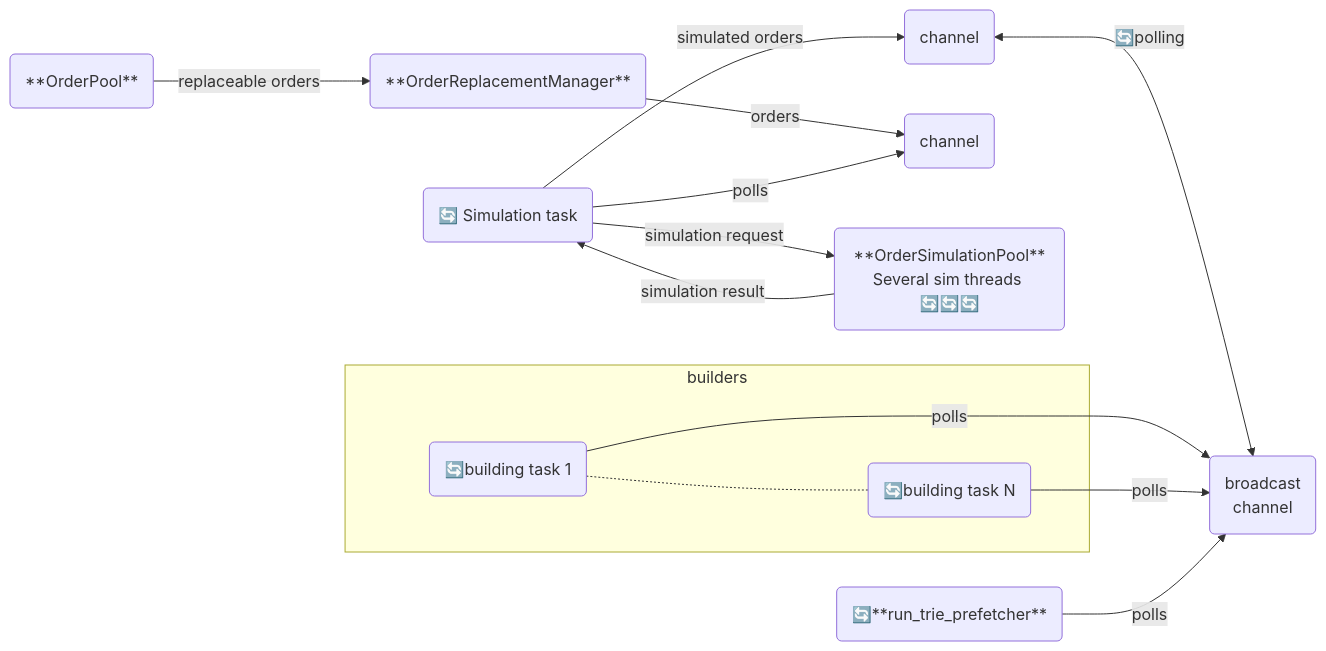
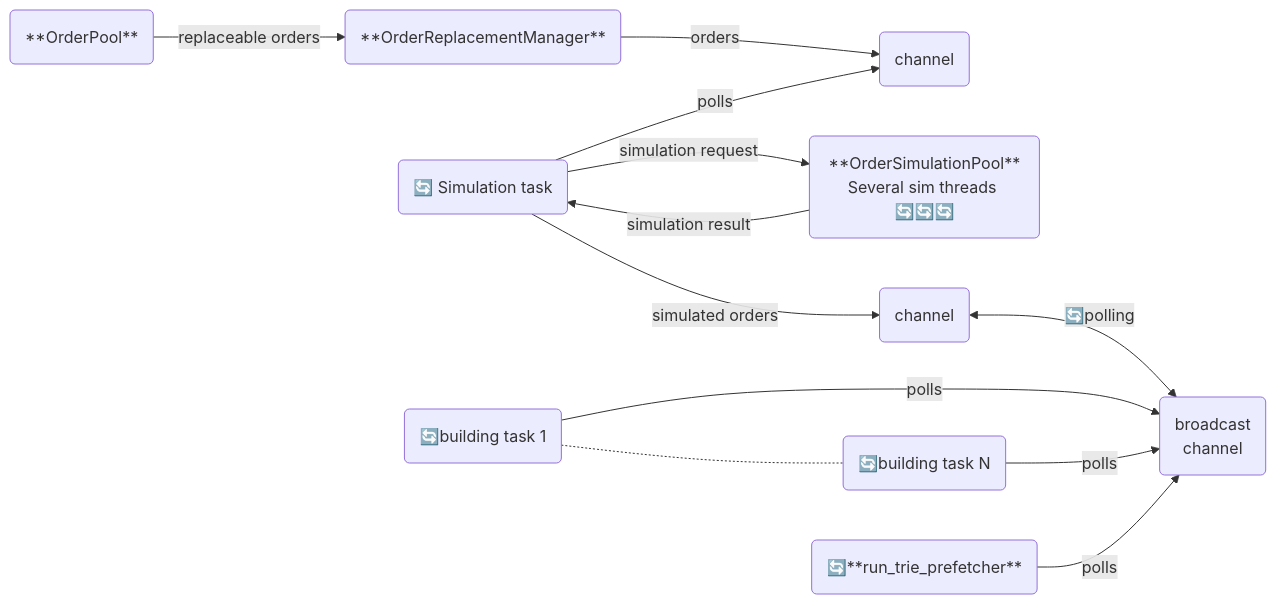
The second of 3 diagrams in docs/RBUILDER_CLASSES_AND_DATAFLOW.md (flashbots/rbuilder), drawn with Mermaid before and after one commit. The commit also changed other lines of this file, not shown here.

````diff
--- a/docs/RBUILDER_CLASSES_AND_DATAFLOW.md
+++ b/docs/RBUILDER_CLASSES_AND_DATAFLOW.md
@@ -111,26 +111,27 @@
 ```mermaid
 graph LR
+
     OrderPool("**OrderPool**")
     OrderReplacementManager("**OrderReplacementManager**")
+    OrderChannel("channel")
+    SimulationTask("🔄 Simulation task")
+
     OrderPool-- replaceable orders -->OrderReplacementManager
-    OrderChannel("channel")
     OrderReplacementManager-- orders -->OrderChannel
-    SimulationTask("🔄 Simulation task")
     SimulationTask-- polls -->OrderChannel
+    SimulationTask-- simulation request -->OrderSimulationPool
     OrderSimulationPool("**OrderSimulationPool**<br>Several sim threads 🔄🔄🔄")
-    SimulationTask-- simulation request -->OrderSimulationPool
     OrderSimulationPool-- simulation result -->SimulationTask
     SimChannel("channel")
     SimulationTask-- simulated orders -->SimChannel
     SimChannel<-- "🔄polling" -->BrSimChannel
     BrSimChannel("broadcast<br>channel")
-    subgraph builders
-      B1("🔄building task 1")
-      BN("🔄building task N")
-      B1 -.- BN
-    end
+    B1("🔄building task 1")
+    BN("🔄building task N")
+    B1 -.- BN
+
     B1--polls-->BrSimChannel
     BN--polls-->BrSimChannel
     run_trie_prefetcher("🔄**run_trie_prefetcher**")
     run_trie_prefetcher--polls-->BrSimChannel
 ```
````
